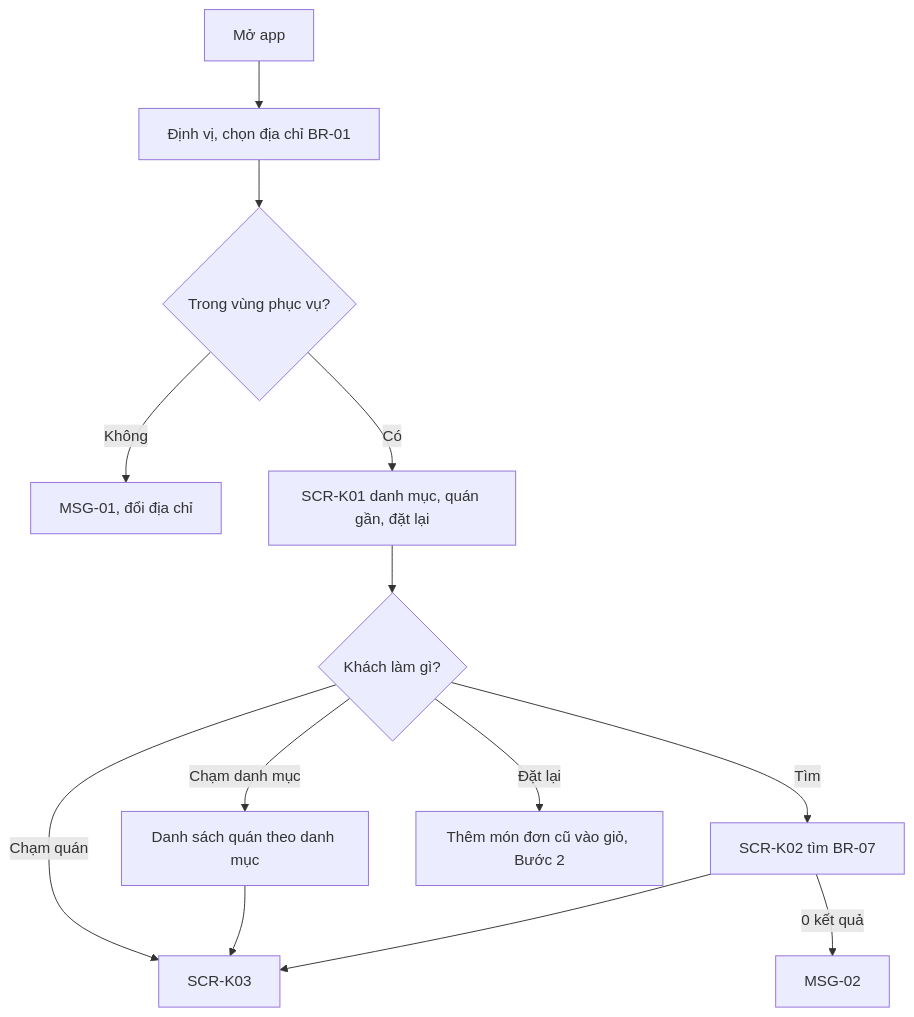
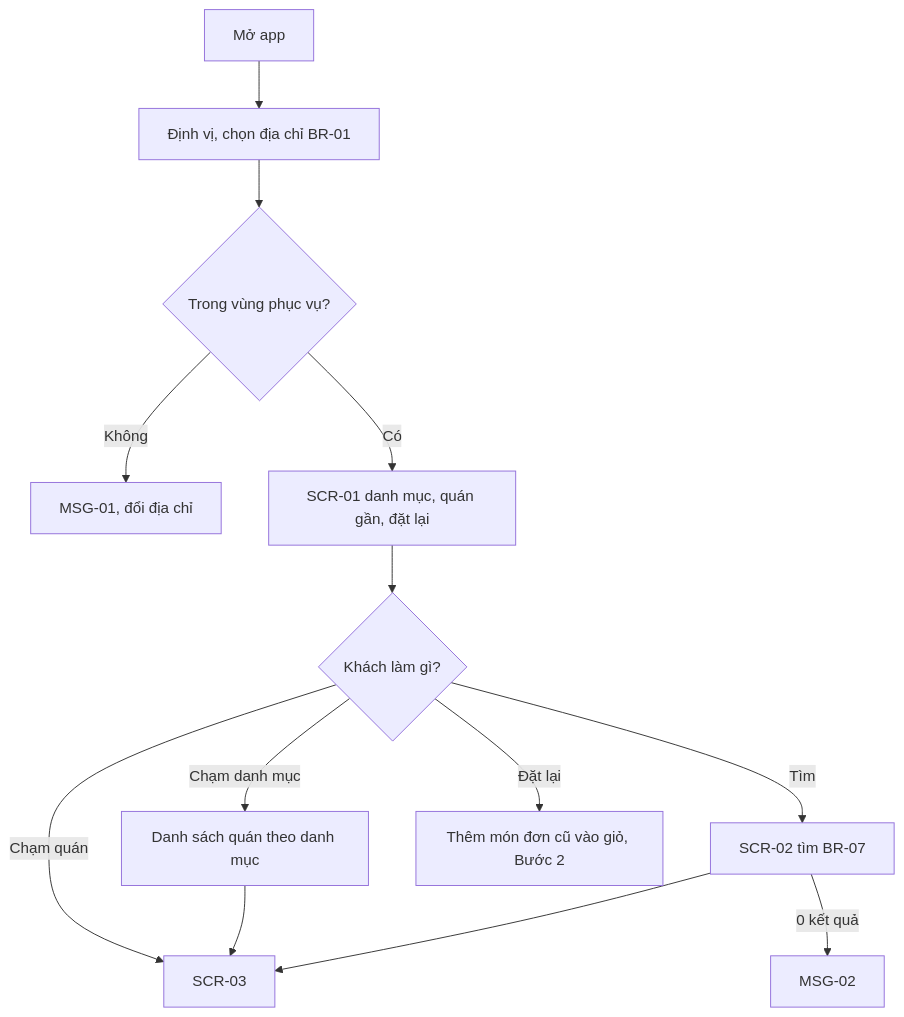
Before and after one commit to uxfoundation-vn/de06-dat-ship-do-an: the fifth of 15 diagrams in docs/SRS.md, drawn with Mermaid. The commit also changed other lines of this file and 2 other files, not shown here.

````diff
--- a/docs/SRS.md
+++ b/docs/SRS.md
@@ -292,15 +221,15 @@
 ```mermaid
 flowchart TD
   A["Mở app"] --> B["Định vị, chọn địa chỉ BR-01"]
   B --> C{"Trong vùng phục vụ?"}
   C -->|Không| C1["MSG-01, đổi địa chỉ"]
-  C -->|Có| D["SCR-K01 danh mục, quán gần, đặt lại"]
+  C -->|Có| D["SCR-01 danh mục, quán gần, đặt lại"]
   D --> E{"Khách làm gì?"}
   E -->|Chạm danh mục| F["Danh sách quán theo danh mục"]
-  E -->|Tìm| G["SCR-K02 tìm BR-07"]
+  E -->|Tìm| G["SCR-02 tìm BR-07"]
   E -->|Đặt lại| H["Thêm món đơn cũ vào giỏ, Bước 2"]
-  E -->|Chạm quán| I["SCR-K03"]
+  E -->|Chạm quán| I["SCR-03"]
   F --> I
   G -->|0 kết quả| G1["MSG-02"]
   G --> I
 ```
````
